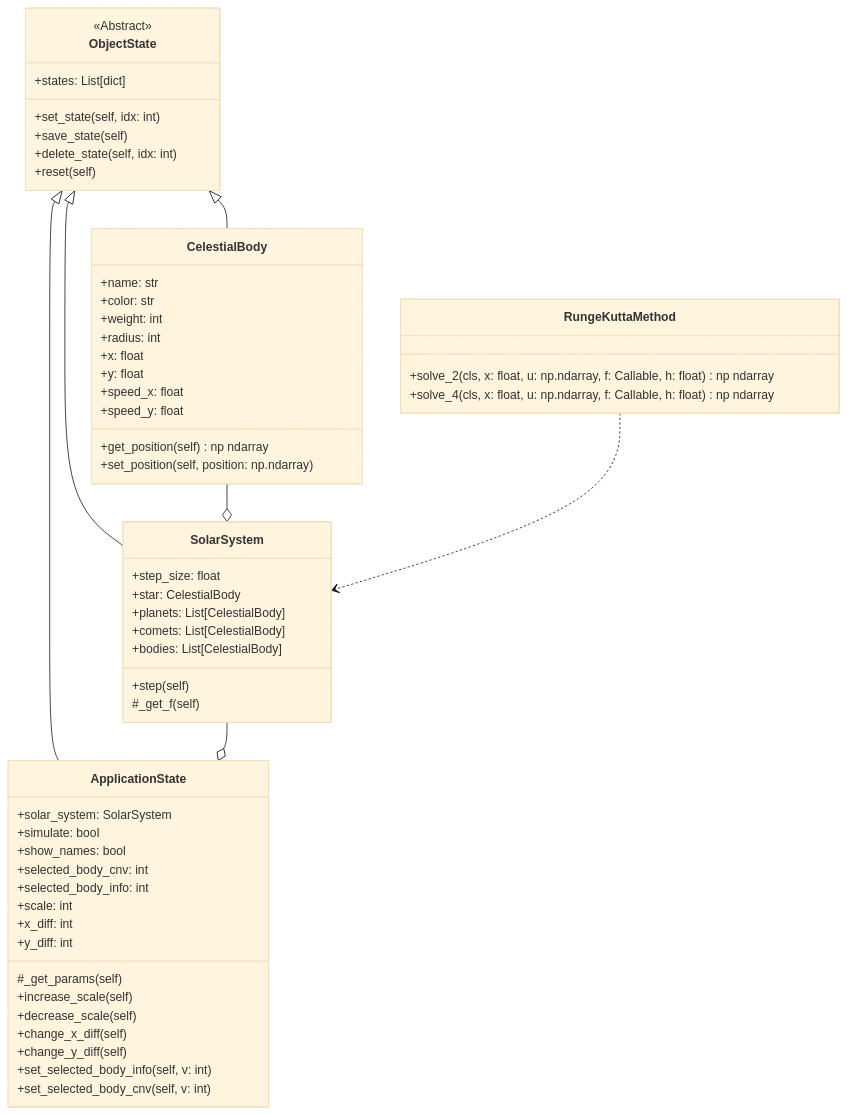
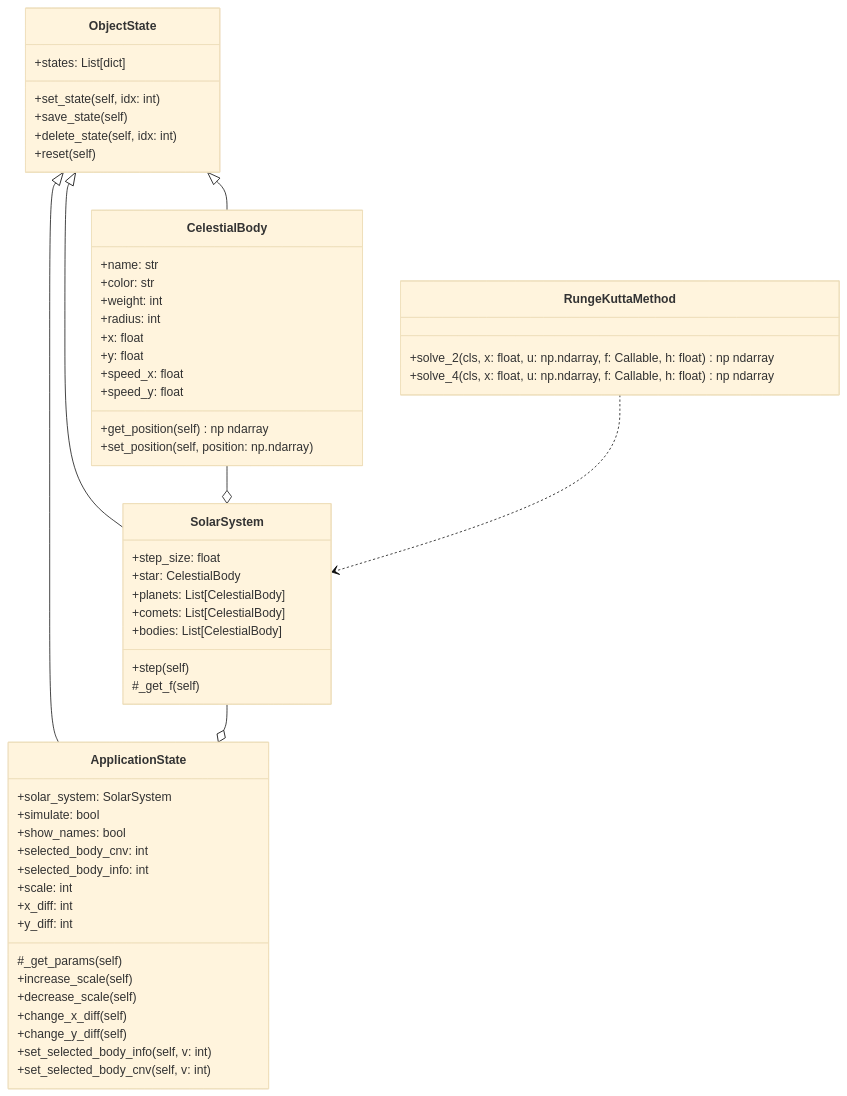
Before and after one commit to phos-phophy/ProFunLog: the first of 2 diagrams in solar_system/README.md, drawn with Mermaid (base theme). The commit also changed other lines of this file, not shown here.

````diff
--- a/solar_system/README.md
+++ b/solar_system/README.md
@@ -32,68 +32,67 @@
 ```mermaid
 classDiagram
 direction TB
 
     class ObjectState {
-        <<Abstract>>
         +states: List[dict]
         +set_state(self, idx: int)
         +save_state(self)
         +delete_state(self, idx: int)
         +reset(self)
     }
     
     ObjectState <|-- CelestialBody
     
     class CelestialBody {
         +name: str
         +color: str
         +weight: int
         +radius: int
         +x: float
         +y: float
         +speed_x: float
         +speed_y: float
         +get_position(self)  np ndarray
         +set_position(self, position: np.ndarray)
     }
     
     ObjectState <|-- SolarSystem
     CelestialBody --o SolarSystem
     RungeKuttaMethod ..> SolarSystem
     
     class SolarSystem {
         +step_size: float
         +star: CelestialBody
         +planets: List[CelestialBody]
         +comets: List[CelestialBody]
         +bodies: List[CelestialBody]
         +step(self)
         #_get_f(self)
     }
     
     class RungeKuttaMethod{
         +solve_2(cls, x: float, u: np.ndarray, f: Callable, h: float) np ndarray
         +solve_4(cls, x: float, u: np.ndarray, f: Callable, h: float) np ndarray
     }
     
     ObjectState <|-- ApplicationState
     SolarSystem --o ApplicationState
     
     class ApplicationState{
         +solar_system: SolarSystem
         +simulate: bool
         +show_names: bool
         +selected_body_cnv: int
         +selected_body_info: int
         +scale: int
         +x_diff: int
         +y_diff: int
         #_get_params(self)
         +increase_scale(self)
         +decrease_scale(self)
         +change_x_diff(self)
         +change_y_diff(self)
         +set_selected_body_info(self, v: int)
         +set_selected_body_cnv(self, v: int)
     }
 ```
````
